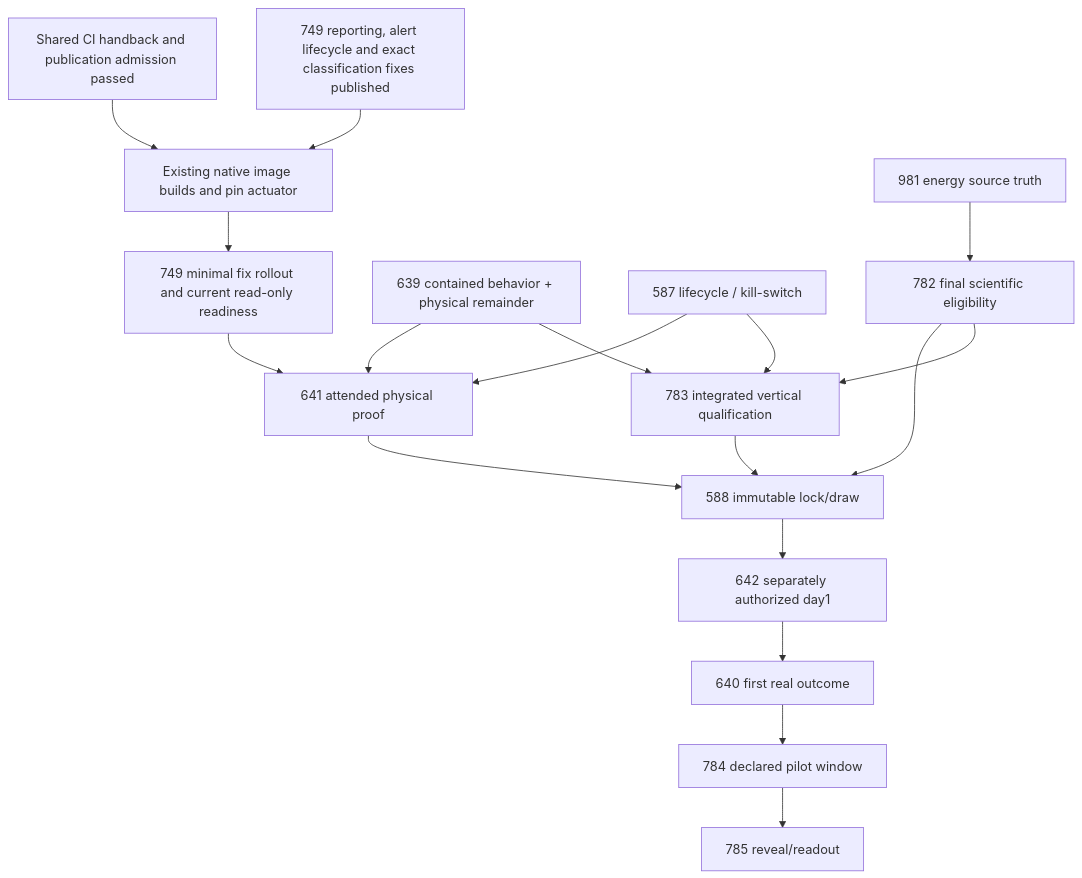
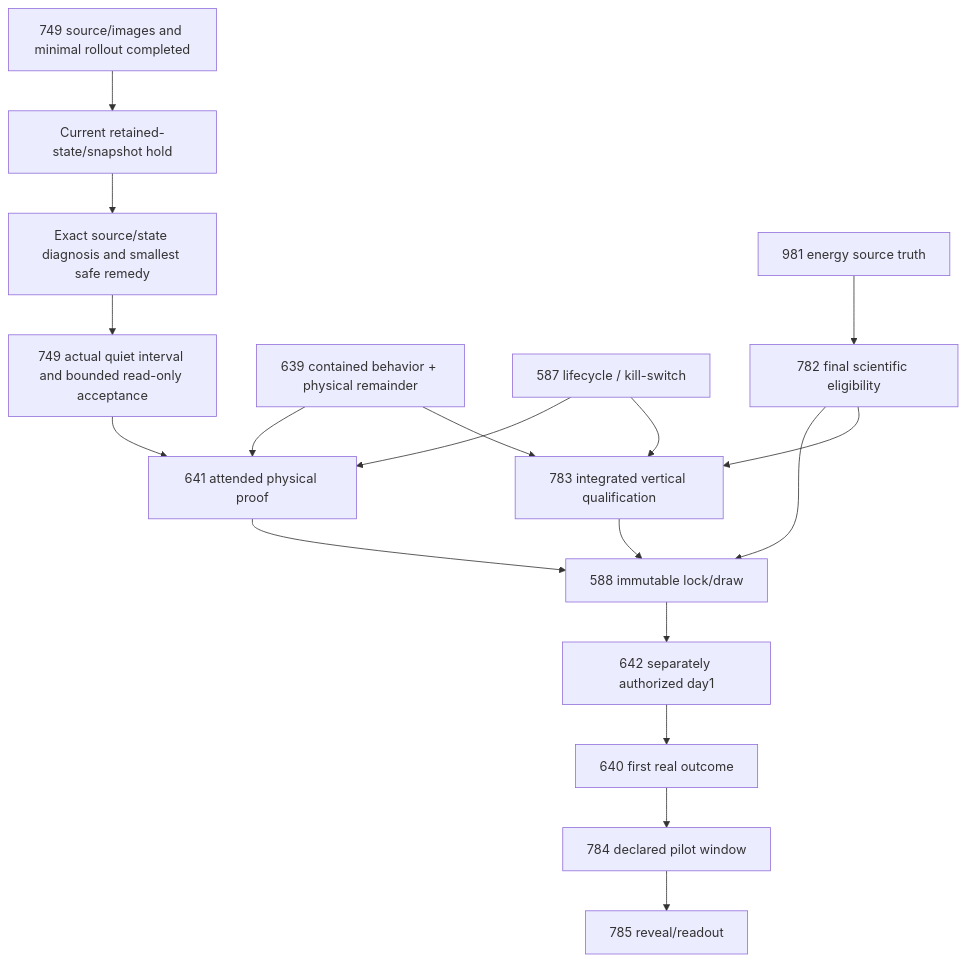
One commit to VerdifyConsultancy/verdify-platform changed the diagram in planning/reviews/2026-10-17/DEPENDENCIES.md. Above: the diagram before and after it, drawn with Mermaid. The commit also changed other lines of this file and 12 other files, not shown here.

````diff
--- a/planning/reviews/2026-10-17/DEPENDENCIES.md
+++ b/planning/reviews/2026-10-17/DEPENDENCIES.md
@@ -7,20 +7,20 @@
 ```mermaid
 flowchart TD
-  repair["749 reporting, alert lifecycle and exact classification fixes published"] --> delivery["Existing native image builds and pin actuator"]
-  registry["Shared CI handback and publication admission passed"] --> delivery
-  delivery --> i749["749 minimal fix rollout and current read-only readiness"]
+  delivery["749 source/images and minimal rollout completed"] --> hold["Current retained-state/snapshot hold"]
+  hold --> remedy["Exact source/state diagnosis and smallest safe remedy"]
+  remedy --> i749["749 actual quiet interval and bounded read-only acceptance"]
   i639["639 contained behavior + physical remainder"] --> i783["783 integrated vertical qualification"]
   i587["587 lifecycle / kill-switch"] --> i783
   i981["981 energy source truth"] --> i782["782 final scientific eligibility"]
   i782 --> i783
   i749 --> i641["641 attended physical proof"]
   i639 --> i641
   i587 --> i641
   i641 --> i588["588 immutable lock/draw"]
   i782 --> i588
   i783 --> i588
   i588 --> i642["642 separately authorized day1"]
   i642 --> i640["640 first real outcome"]
   i640 --> i784["784 declared pilot window"]
   i784 --> i785["785 reveal/readout"]
 ```
````
